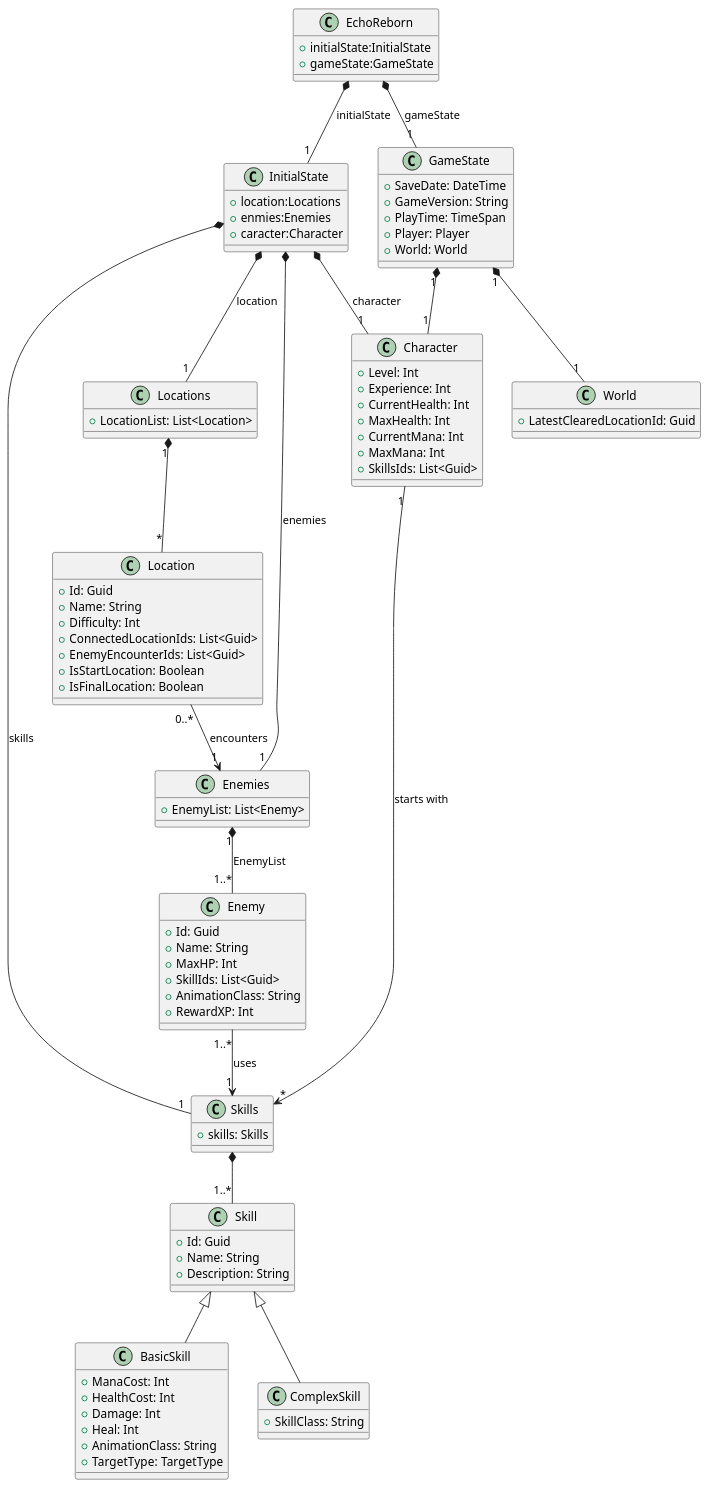
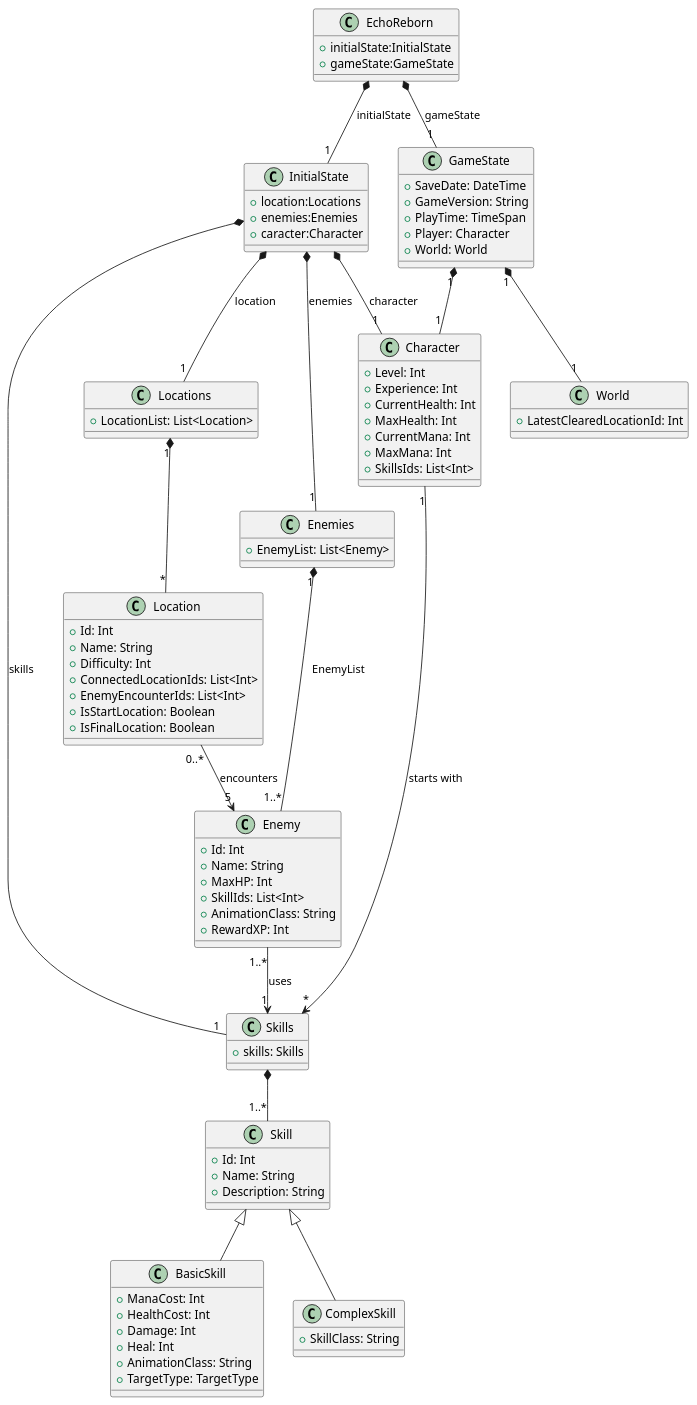
The diagram in docs/DiagrammeDeClass.puml (d0rich/EchoReborn), drawn with PlantUML before and after one commit.

Commit message:
Update UML diagram with type changes and relationships

```diff
--- a/docs/DiagrammeDeClass.puml
+++ b/docs/DiagrammeDeClass.puml
@@ -1,103 +1,103 @@
 @startuml
 class EchoReborn {
 +initialState:InitialState
 +gameState:GameState
 }
 
 class InitialState {
 +location:Locations
-+enmies:Enemies
++enemies:Enemies
 +caracter:Character
 }
 class Skill{
-+Id: Guid
++Id: Int
 +Name: String
 +Description: String
 }
 
 class Skills {
     +skills: Skills
     
 }
 
 class BasicSkill {
     +ManaCost: Int
     +HealthCost: Int
     +Damage: Int
     +Heal: Int
     +AnimationClass: String
     +TargetType: TargetType
 }
 
 class ComplexSkill {
     +SkillClass: String
 }
 
 class Locations {
     +LocationList: List<Location>
 }
 
 class Location {
-    +Id: Guid
+    +Id: Int
     +Name: String
     +Difficulty: Int
-    +ConnectedLocationIds: List<Guid>
-    +EnemyEncounterIds: List<Guid>
+    +ConnectedLocationIds: List<Int>
+    +EnemyEncounterIds: List<Int>
     +IsStartLocation: Boolean
     +IsFinalLocation: Boolean
 }
 
 class Enemies {
     +EnemyList: List<Enemy>
 }
 
 class Enemy {
-    +Id: Guid
+    +Id: Int
     +Name: String
     +MaxHP: Int
-    +SkillIds: List<Guid>
+    +SkillIds: List<Int>
     +AnimationClass: String
     +RewardXP: Int
 }
 
 class GameState {
     +SaveDate: DateTime
     +GameVersion: String
     +PlayTime: TimeSpan
-    +Player: Player
+    +Player: Character
     +World: World
 }
 
 class Character {
     +Level: Int
     +Experience: Int
     +CurrentHealth: Int
     +MaxHealth: Int
     +CurrentMana: Int
     +MaxMana: Int
-    +SkillsIds: List<Guid>
+    +SkillsIds: List<Int>
 }
 
 class World {
-    +LatestClearedLocationId: Guid
+    +LatestClearedLocationId: Int
 }
 
 EchoReborn *-- "1" InitialState : initialState
 EchoReborn *-- "1" GameState : gameState
 GameState "1" *-- "1" Character
 GameState "1" *-- "1" World
 
 InitialState *-- "1" Skills : skills
 InitialState *-- "1" Locations : location
 InitialState *-- "1" Enemies : enemies
 InitialState *-- "1" Character : character
 
 Skill <|--  BasicSkill
 Skill  <|-- ComplexSkill
 Locations "1" *-- "*" Location
 Enemies "1" *-- "1..*" Enemy:EnemyList
 Enemy "1..*" --> "1" Skills : uses
 Skills  *-- "1..*" Skill 
 Character "1" --> "*" Skills : starts with
-Location "0..*" --> "1" Enemies : encounters
+Location "0..*" --> "5" Enemy : encounters
 @enduml
```
